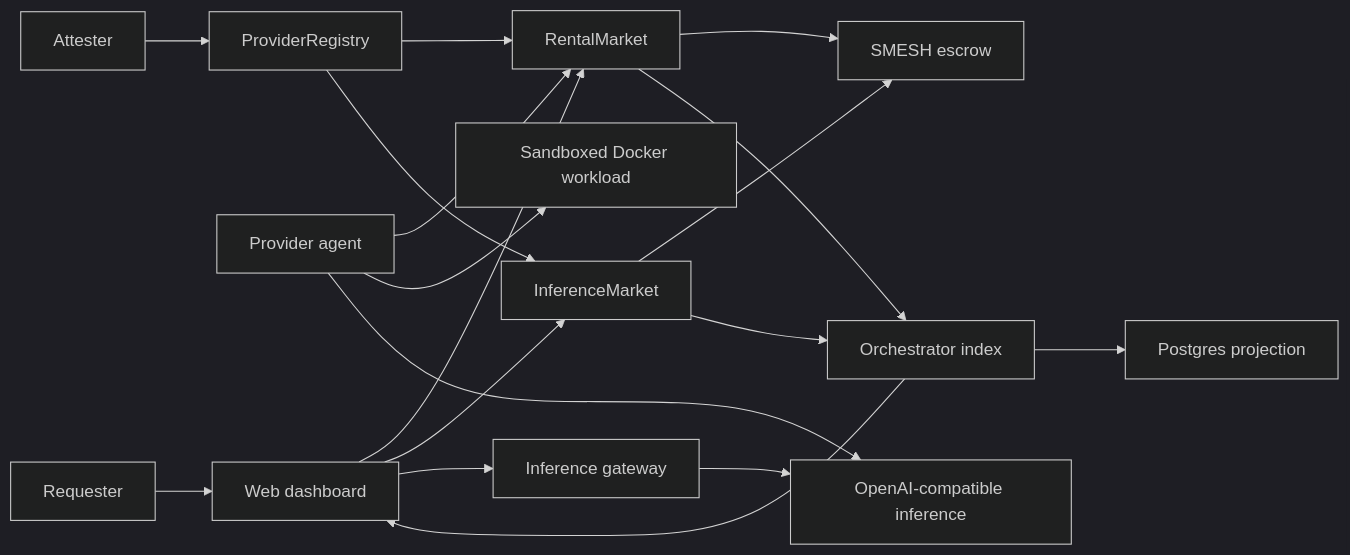
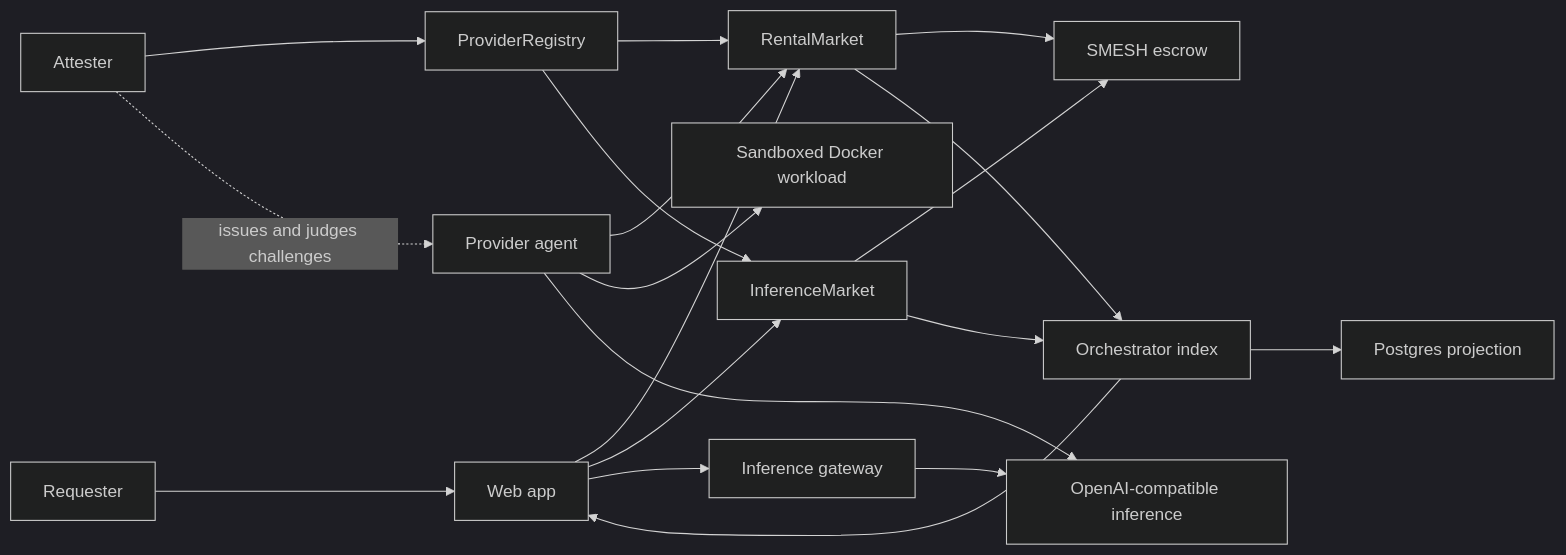
The diagram in docs/ShaderMesh-Demo-Presentation.md (0xPixelNinja/ShaderMesh), drawn with Mermaid (dark theme) before and after one commit. The commit also changed other lines of this file and 7 other files, not shown here.

````diff
--- a/docs/ShaderMesh-Demo-Presentation.md
+++ b/docs/ShaderMesh-Demo-Presentation.md
@@ -24,20 +24,21 @@
 ```mermaid
 flowchart LR
-    R[Requester] --> W[Web dashboard]
+    R[Requester] --> W[Web app]
     W --> RM[RentalMarket]
     RM --> T[SMESH escrow]
     W --> IM[InferenceMarket]
     IM --> T
     P[Provider agent] --> RM
     P --> D[Sandboxed Docker workload]
     P --> I[OpenAI-compatible inference]
     RM --> O[Orchestrator index]
     IM --> O
     O --> DB[Postgres projection]
     O --> W
     W --> G[Inference gateway]
     G --> I
     A[Attester] --> PR[ProviderRegistry]
+    A -. issues and judges challenges .-> P
     PR --> RM
     PR --> IM
 ```
````
